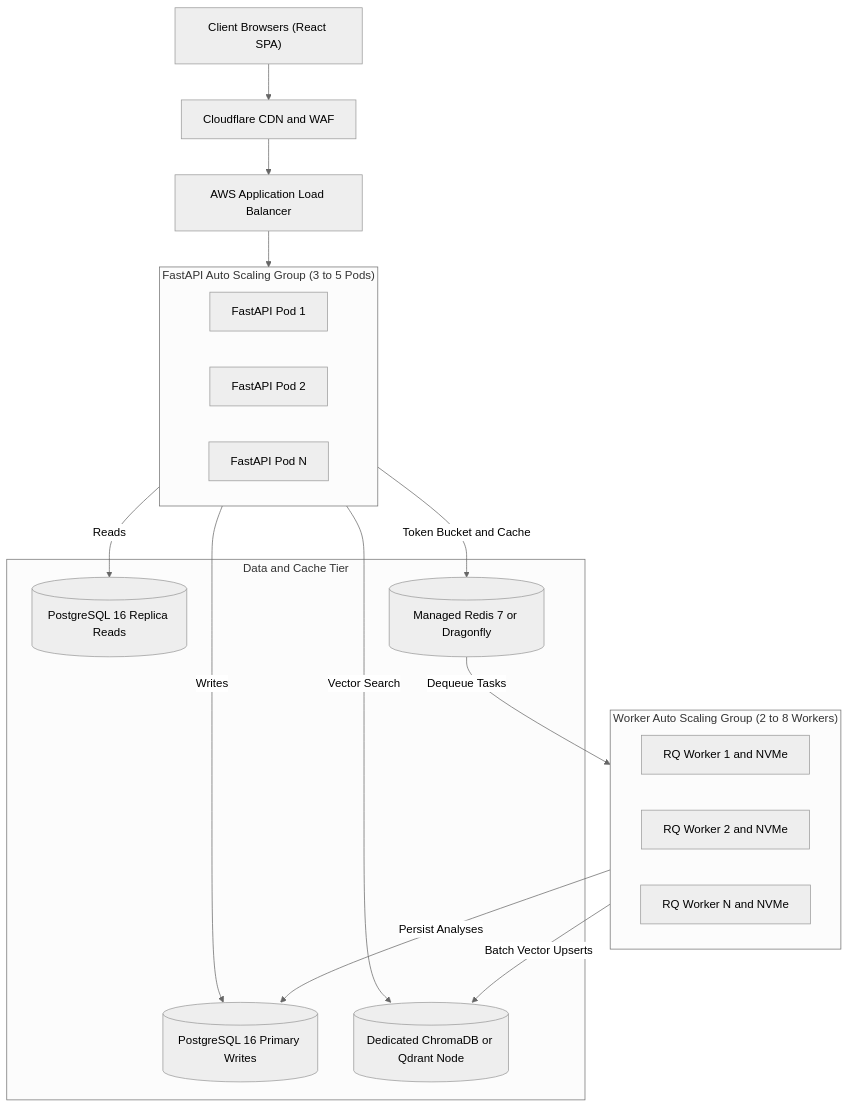
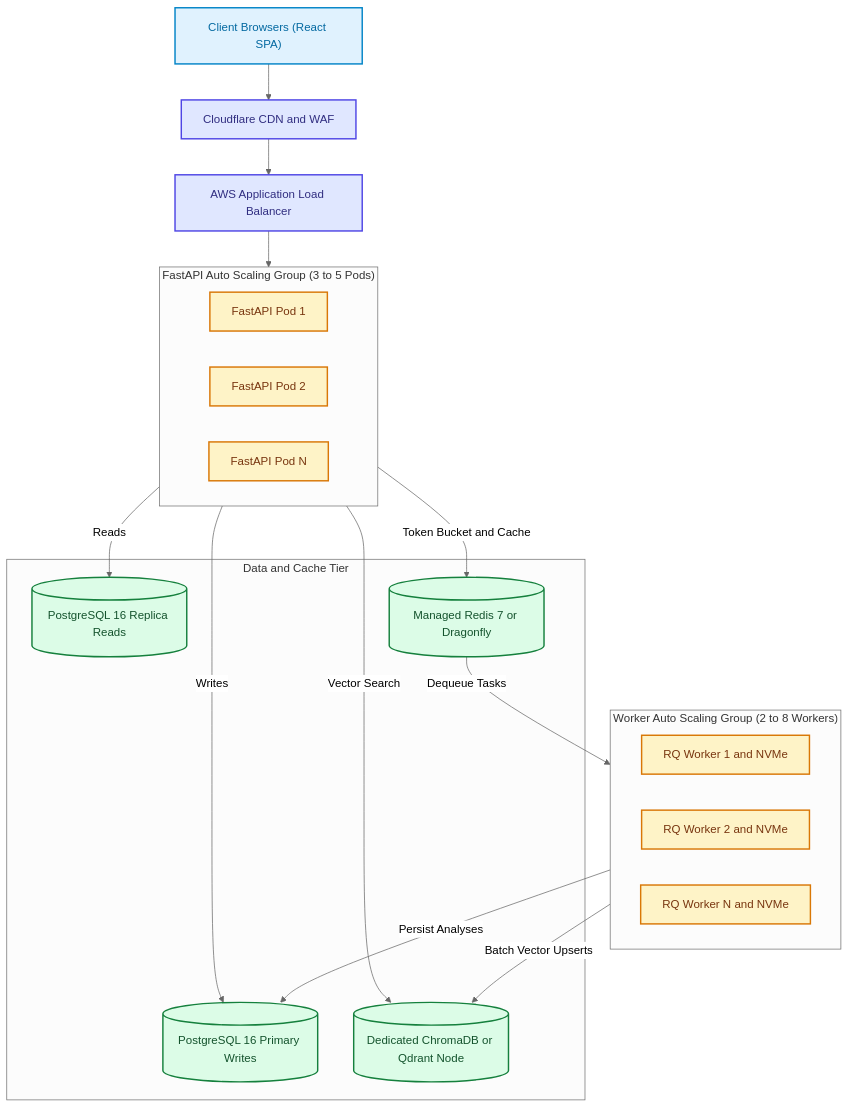
One commit to nikhil-87/CodeSensei changed the second of 4 diagrams in vault/15-scaling-architecture.md. Above: the diagram before and after it, drawn with Mermaid (neutral theme). The commit also changed other lines of this file and 9 other files, not shown here.

Commit message:
docs: added some colors to mermaid diagrams

````diff
--- a/vault/15-scaling-architecture.md
+++ b/vault/15-scaling-architecture.md
@@ -108,38 +120,48 @@
 ```mermaid
 flowchart TB
     Browser["Client Browsers (React SPA)"]
     CDN["Cloudflare CDN and WAF"]
     ALB["AWS Application Load Balancer"]
 
     subgraph APIScalingGroup ["FastAPI Auto Scaling Group (3 to 5 Pods)"]
         API1["FastAPI Pod 1"]
         API2["FastAPI Pod 2"]
         API3["FastAPI Pod N"]
     end
 
     subgraph WorkerPool ["Worker Auto Scaling Group (2 to 8 Workers)"]
         W1["RQ Worker 1 and NVMe"]
         W2["RQ Worker 2 and NVMe"]
         WN["RQ Worker N and NVMe"]
     end
 
     subgraph DataStorage ["Data and Cache Tier"]
         PGPrimary[("PostgreSQL 16 Primary Writes")]
         PGReplica[("PostgreSQL 16 Replica Reads")]
         RedisCluster[("Managed Redis 7 or Dragonfly")]
         ChromaCluster[("Dedicated ChromaDB or Qdrant Node")]
     end
 
     Browser --> CDN
     CDN --> ALB
     ALB --> APIScalingGroup
 
     APIScalingGroup -->|Writes| PGPrimary
     APIScalingGroup -->|Reads| PGReplica
     APIScalingGroup -->|Token Bucket and Cache| RedisCluster
     APIScalingGroup -->|Vector Search| ChromaCluster
 
     RedisCluster -->|Dequeue Tasks| WorkerPool
     WorkerPool -->|Persist Analyses| PGPrimary
     WorkerPool -->|Batch Vector Upserts| ChromaCluster
+
+    classDef client fill:#e0f2fe,stroke:#0284c7,stroke-width:2px,color:#0369a1;
+    classDef ingress fill:#e0e7ff,stroke:#4f46e5,stroke-width:2px,color:#312e81;
+    classDef app fill:#fef3c7,stroke:#d97706,stroke-width:2px,color:#78350f;
+    classDef storage fill:#dcfce7,stroke:#15803d,stroke-width:2px,color:#14532d;
+
+    class Browser client;
+    class CDN,ALB ingress;
+    class API1,API2,API3,W1,W2,WN app;
+    class PGPrimary,PGReplica,RedisCluster,ChromaCluster storage;
 ```
````
